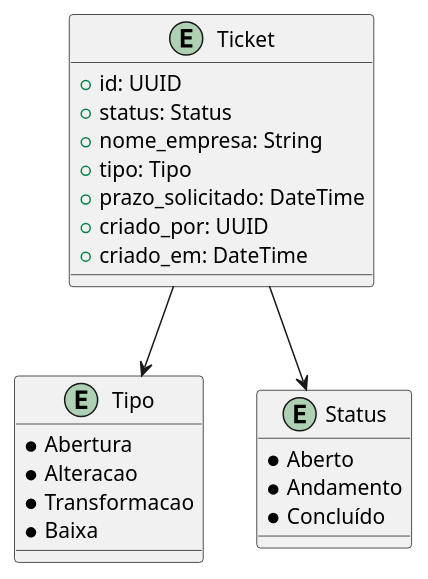
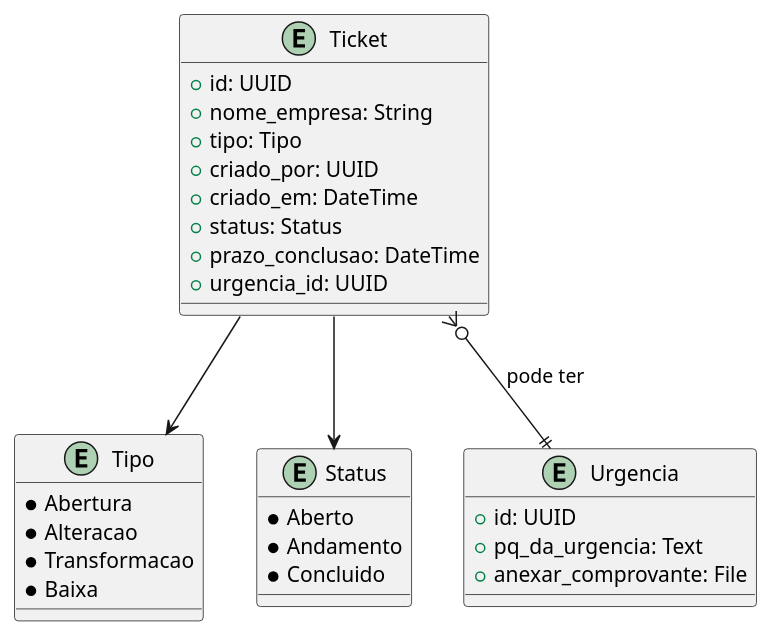
One commit to gold-code-dev/djangos changed the diagram in uml/main.puml. Above: the diagram before and after it, drawn with PlantUML.

```diff
--- a/uml/main.puml
+++ b/uml/main.puml
@@ -1,27 +1,35 @@
 @startuml
 entity Ticket {
     + id: UUID
-    + status: Status
     + nome_empresa: String
     + tipo: Tipo
-    + prazo_solicitado: DateTime
     + criado_por: UUID
     + criado_em: DateTime
+    + status: Status
+    + prazo_conclusao: DateTime
+    + urgencia_id: UUID
 }
 
 entity Tipo {
     * Abertura
     * Alteracao
     * Transformacao
     * Baixa
 }
 
 entity Status {
     * Aberto
     * Andamento
-    * Concluído
+    * Concluido
+}
+
+entity Urgencia {
+    + id: UUID
+    + pq_da_urgencia: Text
+    + anexar_comprovante: File
 }
 
 Ticket --> Tipo
 Ticket --> Status
+Ticket }o--|| Urgencia : "pode ter"
 @enduml
```
